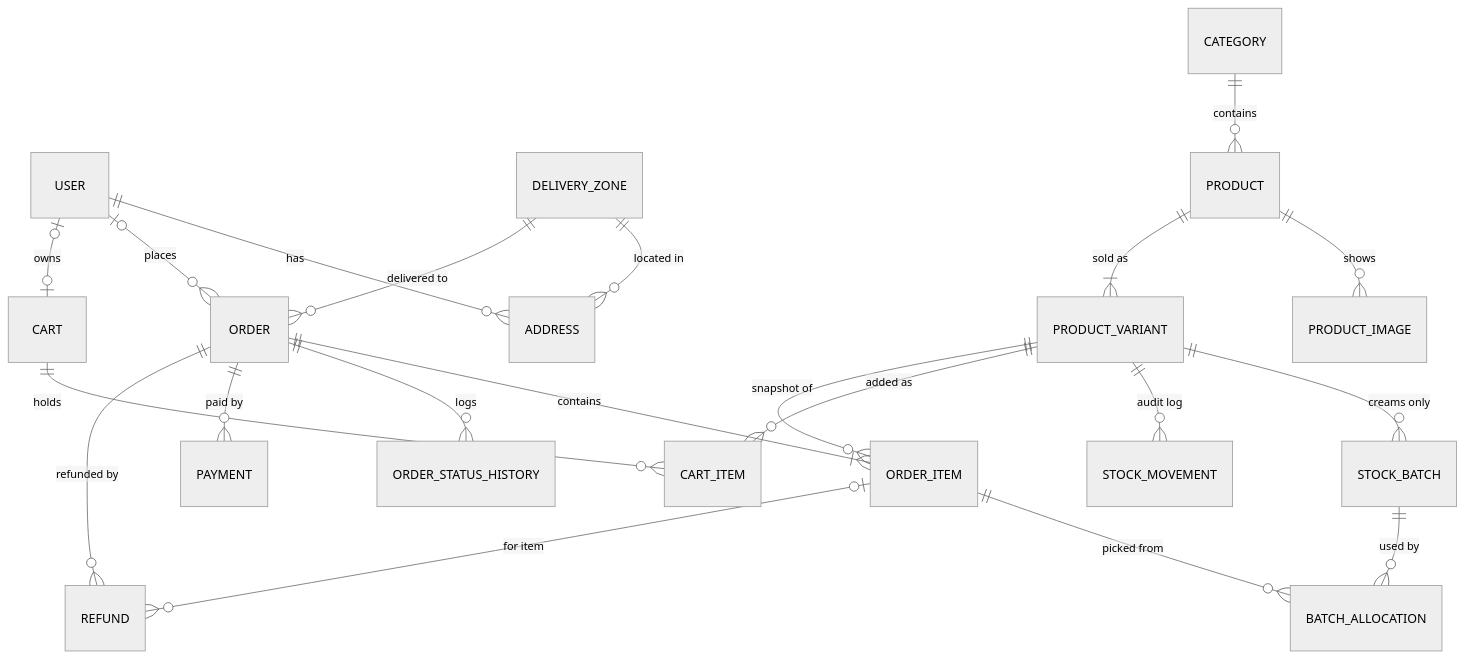
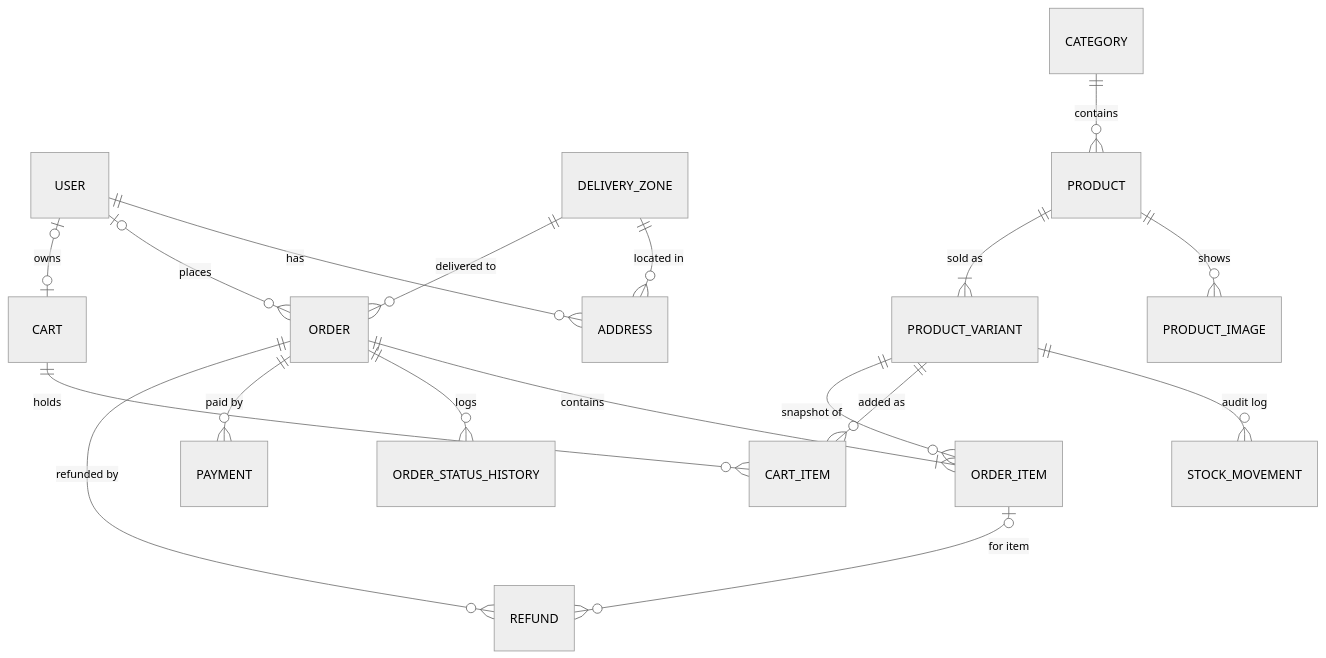
The second of 6 diagrams in docs/Architecture.md (AbdurRafayAkbar/ALAKBARTRADERS_WEBSITE), drawn with Mermaid (neutral theme) before and after one commit. The commit also changed other lines of this file and 4 other files, not shown here.

````diff
--- a/docs/Architecture.md
+++ b/docs/Architecture.md
@@ -112,26 +112,23 @@
 ```mermaid
 erDiagram
     USER ||--o{ ADDRESS : has
     USER |o--o{ ORDER : places
     DELIVERY_ZONE ||--o{ ADDRESS : "located in"
     DELIVERY_ZONE ||--o{ ORDER : "delivered to"
 
     CATEGORY ||--o{ PRODUCT : contains
     PRODUCT ||--o{ PRODUCT_IMAGE : shows
     PRODUCT ||--|{ PRODUCT_VARIANT : "sold as"
-    PRODUCT_VARIANT ||--o{ STOCK_BATCH : "creams only"
     PRODUCT_VARIANT ||--o{ STOCK_MOVEMENT : "audit log"
 
     CART ||--o{ CART_ITEM : holds
     PRODUCT_VARIANT ||--o{ CART_ITEM : "added as"
     USER |o--o| CART : owns
 
     ORDER ||--|{ ORDER_ITEM : contains
     PRODUCT_VARIANT ||--o{ ORDER_ITEM : "snapshot of"
-    ORDER_ITEM ||--o{ BATCH_ALLOCATION : "picked from"
-    STOCK_BATCH ||--o{ BATCH_ALLOCATION : "used by"
     ORDER ||--o{ ORDER_STATUS_HISTORY : logs
     ORDER ||--o{ PAYMENT : "paid by"
     ORDER ||--o{ REFUND : "refunded by"
     ORDER_ITEM |o--o{ REFUND : "for item"
 ```
````
